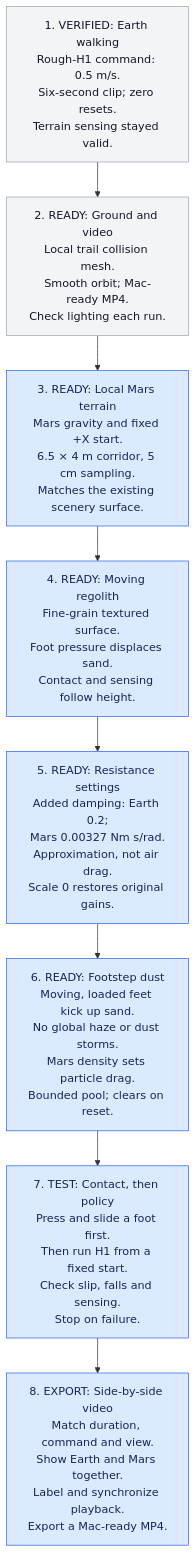
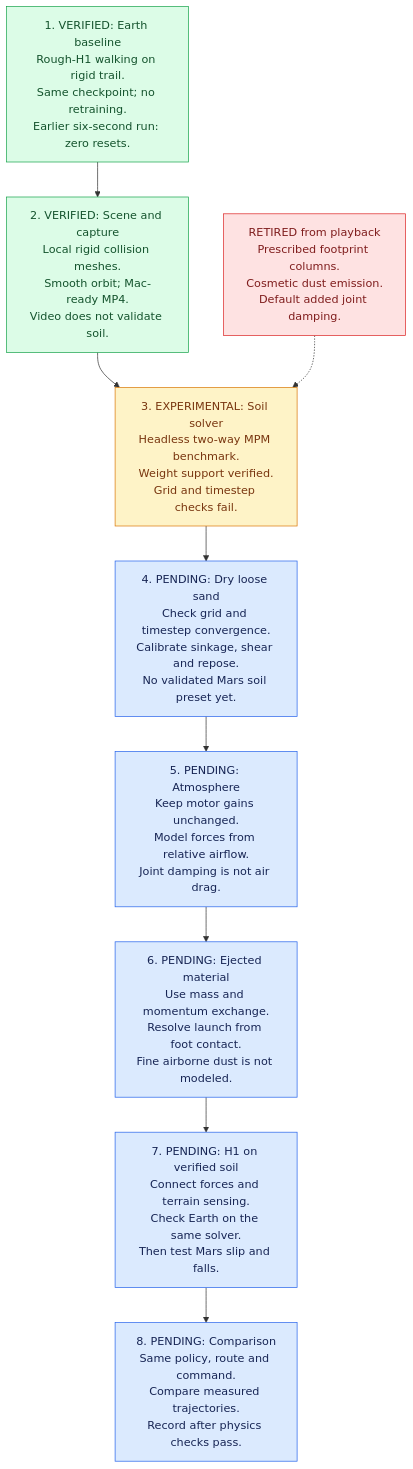
Before and after one commit to eddie-wq07/Mars-Project: the third of 3 diagrams in README.md, drawn with Mermaid. The commit also changed other lines of this file and 13 other files, not shown here.

Commit message:
create benchmark for MPM solver

````diff
--- a/README.md
+++ b/README.md
@@ -124,18 +126,24 @@
 ```mermaid
 flowchart TD
-    earth["1. VERIFIED: Earth walking<br/>Rough-H1 command: 0.5 m/s.<br/>Six-second clip; zero resets.<br/>Terrain sensing stayed valid."]
-    capture["2. READY: Ground and video<br/>Local trail collision mesh.<br/>Smooth orbit; Mac-ready MP4.<br/>Check lighting each run."]
-    mars["3. READY: Local Mars terrain<br/>Mars gravity and fixed +X start.<br/>6.5 × 4 m corridor, 5 cm sampling.<br/>Matches the existing scenery surface."]
-    soil["4. READY: Moving regolith<br/>Fine-grain textured surface.<br/>Foot pressure displaces sand.<br/>Contact and sensing follow height."]
-    damping["5. READY: Resistance settings<br/>Added damping: Earth 0.2;<br/>Mars 0.00327 Nm s/rad.<br/>Approximation, not air drag.<br/>Scale 0 restores original gains."]
-    dust["6. READY: Footstep dust<br/>Moving, loaded feet kick up sand.<br/>No global haze or dust storms.<br/>Mars density sets particle drag.<br/>Bounded pool; clears on reset."]
-    test["7. TEST: Contact, then policy<br/>Press and slide a foot first.<br/>Then run H1 from a fixed start.<br/>Check slip, falls and sensing.<br/>Stop on failure."]
-    compare["8. EXPORT: Side-by-side video<br/>Match duration, command and view.<br/>Show Earth and Mars together.<br/>Label and synchronize playback.<br/>Export a Mac-ready MP4."]
+    earth["1. VERIFIED: Earth baseline<br/>Rough-H1 walking on rigid trail.<br/>Same checkpoint; no retraining.<br/>Earlier six-second run: zero resets."]
+    capture["2. VERIFIED: Scene and capture<br/>Local rigid collision meshes.<br/>Smooth orbit; Mac-ready MP4.<br/>Video does not validate soil."]
+    solver["3. EXPERIMENTAL: Soil solver<br/>Headless two-way MPM benchmark.<br/>Weight support verified.<br/>Grid and timestep checks fail."]
+    calibration["4. PENDING: Dry loose sand<br/>Check grid and timestep convergence.<br/>Calibrate sinkage, shear and repose.<br/>No validated Mars soil preset yet."]
+    air["5. PENDING: Atmosphere<br/>Keep motor gains unchanged.<br/>Model forces from relative airflow.<br/>Joint damping is not air drag."]
+    grains["6. PENDING: Ejected material<br/>Use mass and momentum exchange.<br/>Resolve launch from foot contact.<br/>Fine airborne dust is not modeled."]
+    test["7. PENDING: H1 on verified soil<br/>Connect forces and terrain sensing.<br/>Check Earth on the same solver.<br/>Then test Mars slip and falls."]
+    compare["8. PENDING: Comparison<br/>Same policy, route and command.<br/>Compare measured trajectories.<br/>Record after physics checks pass."]
+    retired["RETIRED from playback<br/>Prescribed footprint columns.<br/>Cosmetic dust emission.<br/>Default added joint damping."]
 
-    earth --> capture --> mars --> soil --> damping --> dust --> test --> compare
+    earth --> capture --> solver --> calibration --> air --> grains --> test --> compare
+    retired -.-> solver
 
-    classDef core fill:#dbeafe,stroke:#2563eb,color:#172554;
-    classDef support fill:#f3f4f6,stroke:#9ca3af,color:#111827;
-    class mars,soil,damping,dust,test,compare core;
-    class earth,capture support;
+    classDef verified fill:#dcfce7,stroke:#16a34a,color:#14532d;
+    classDef experimental fill:#fef3c7,stroke:#d97706,color:#78350f;
+    classDef pending fill:#dbeafe,stroke:#2563eb,color:#172554;
+    classDef retired fill:#fee2e2,stroke:#dc2626,color:#7f1d1d;
+    class earth,capture verified;
+    class solver experimental;
+    class calibration,air,grains,test,compare pending;
+    class retired retired;
 ```
````
